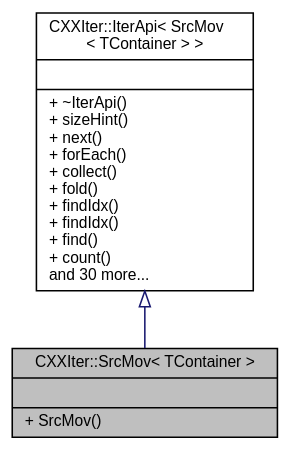
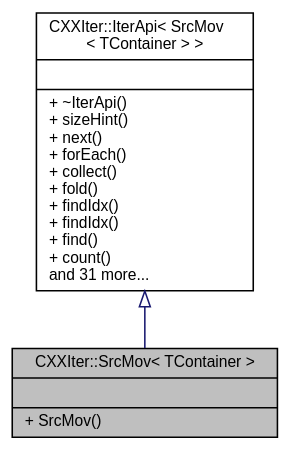
One commit to seijikun/CXXIter changed the diagram in classCXXIter_1_1SrcMov__inherit__graph.dot. Above: the diagram before and after it, drawn with Graphviz. The commit also changed 23 other files, not shown here.

```diff
--- a/classCXXIter_1_1SrcMov__inherit__graph.dot
+++ b/classCXXIter_1_1SrcMov__inherit__graph.dot
@@ -1,11 +1,11 @@
 digraph "CXXIter::SrcMov&lt; TContainer &gt;"
 {
  // INTERACTIVE_SVG=YES
  // LATEX_PDF_SIZE
   bgcolor="transparent";
   edge [fontname="Helvetica",fontsize="10",labelfontname="Helvetica",labelfontsize="10"];
   node [fontname="Helvetica",fontsize="10",shape=record];
   Node1 [label="{CXXIter::SrcMov\< TContainer \>\n||+ SrcMov()\l}",height=0.2,width=0.4,color="black", fillcolor="grey75", style="filled", fontcolor="black",tooltip="CXXIter iterator source that takes over the input item source, and moves its items through the elemen..."];
   Node2 -> Node1 [dir="back",color="midnightblue",fontsize="10",style="solid",arrowtail="onormal",fontname="Helvetica"];
-  Node2 [label="{CXXIter::IterApi\< SrcMov\l\< TContainer \> \>\n||+ ~IterApi()\l+ sizeHint()\l+ next()\l+ forEach()\l+ collect()\l+ fold()\l+ findIdx()\l+ findIdx()\l+ find()\l+ count()\land 30 more...\l}",height=0.2,width=0.4,color="black",URL="$classCXXIter_1_1IterApi.html",tooltip=" "];
+  Node2 [label="{CXXIter::IterApi\< SrcMov\l\< TContainer \> \>\n||+ ~IterApi()\l+ sizeHint()\l+ next()\l+ forEach()\l+ collect()\l+ fold()\l+ findIdx()\l+ findIdx()\l+ find()\l+ count()\land 31 more...\l}",height=0.2,width=0.4,color="black",URL="$classCXXIter_1_1IterApi.html",tooltip=" "];
 }
```
